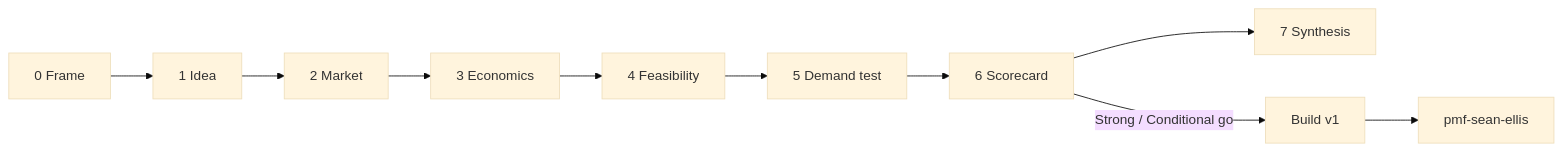
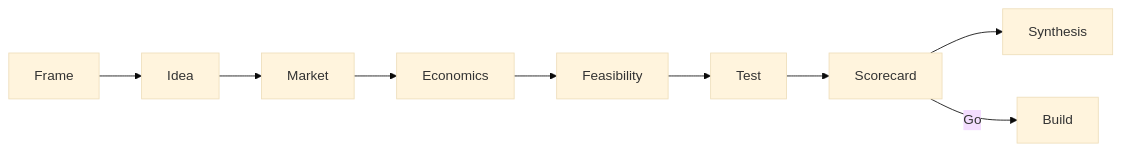
Before and after one commit to eltntawy/idea-discovery-playbook: the diagram in README.md, drawn with Mermaid (base theme). The commit also changed other lines of this file, not shown here.

Commit message:
Revise README for improved clarity and conciseness. Update software idea validation description, streamline command sections, and enhance workflow details. Consolidate skill invocation instructions and clarify the entry point for users. Ensure alignment with the latest skill framework.

````diff
--- a/README.md
+++ b/README.md
@@ -55,7 +40,6 @@
 ```mermaid
 flowchart LR
-  P0[0 Frame] --> P1[1 Idea] --> P2[2 Market] --> P3[3 Economics]
-  P3 --> P4[4 Feasibility] --> P5[5 Demand test] --> P6[6 Scorecard] --> P7[7 Synthesis]
-  P6 -->|Strong / Conditional go| BUILD[Build v1]
-  BUILD --> PMF[pmf-sean-ellis]
+  P0[Frame] --> P1[Idea] --> P2[Market] --> P3[Economics]
+  P3 --> P4[Feasibility] --> P5[Test] --> P6[Scorecard] --> P7[Synthesis]
+  P6 -->|Go| BUILD[Build]
 ```
````
